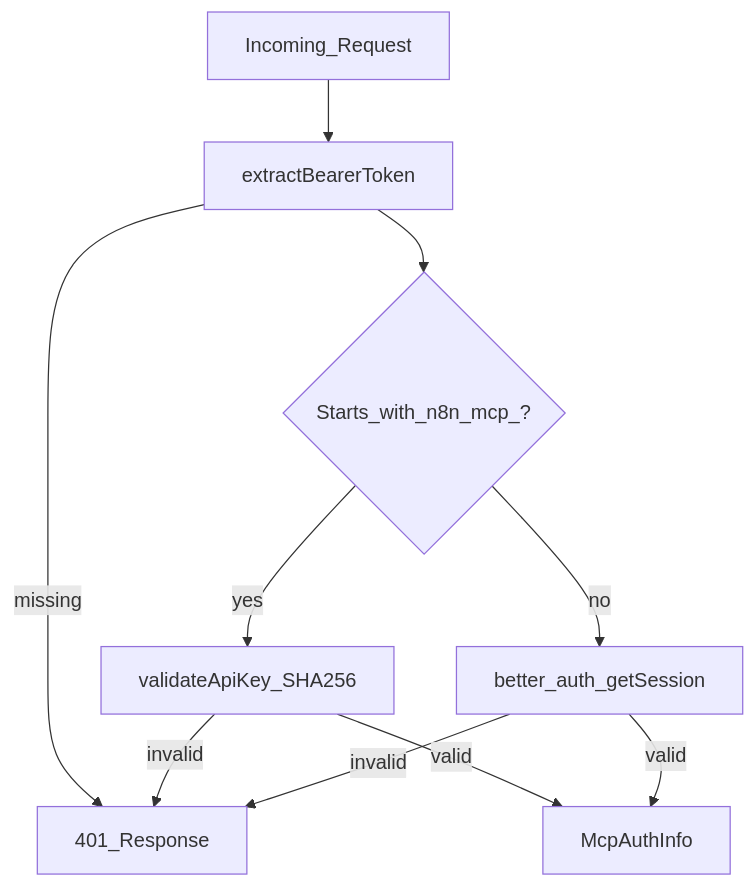
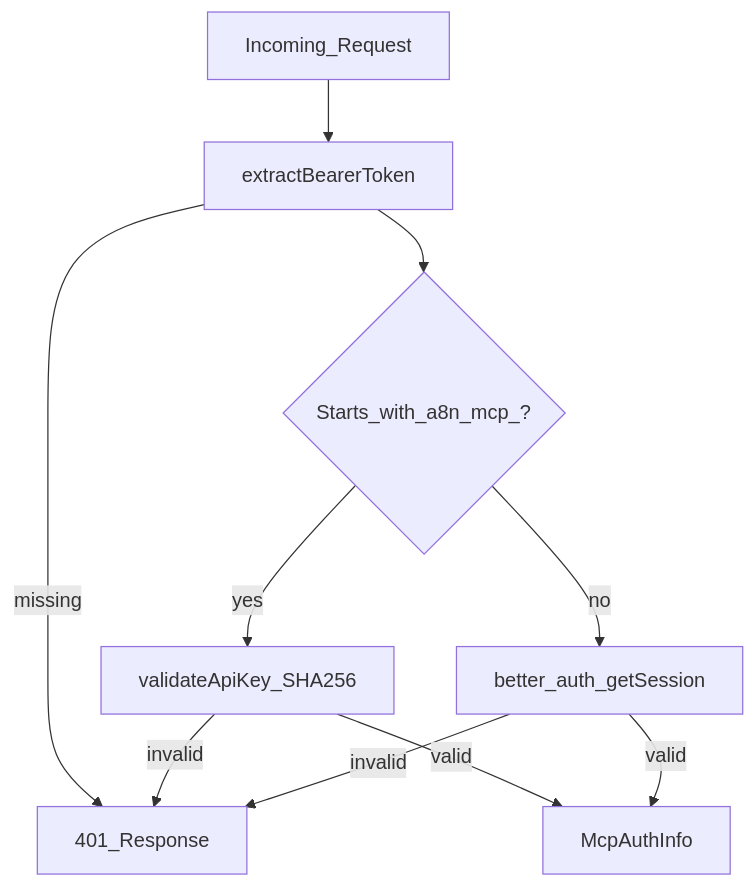
The first of 2 diagrams in docs/mcp/05-security-and-auth.md (aditya-deokar/a8n), drawn with Mermaid before and after one commit. The commit also changed other lines of this file and 69 other files, not shown here.

Commit message:
feat: implement core MCP server architecture, authentication middleware, and comprehensive project documentation

````diff
--- a/docs/mcp/05-security-and-auth.md
+++ b/docs/mcp/05-security-and-auth.md
@@ -27,20 +27,20 @@
 ```mermaid
 flowchart TD
   Request[Incoming_Request]
   Extract[extractBearerToken]
-  Prefix{Starts_with_n8n_mcp_?}
+  Prefix{Starts_with_a8n_mcp_?}
   ApiKey[validateApiKey_SHA256]
   Session[better_auth_getSession]
   AuthInfo[McpAuthInfo]
   Deny[401_Response]
 
   Request --> Extract
   Extract -->|missing| Deny
   Extract --> Prefix
   Prefix -->|yes| ApiKey
   Prefix -->|no| Session
   ApiKey -->|valid| AuthInfo
   ApiKey -->|invalid| Deny
   Session -->|valid| AuthInfo
   Session -->|invalid| Deny
 ```
````
